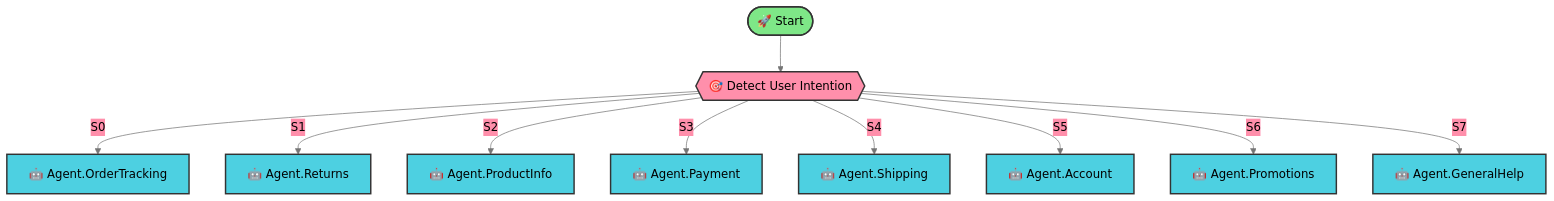
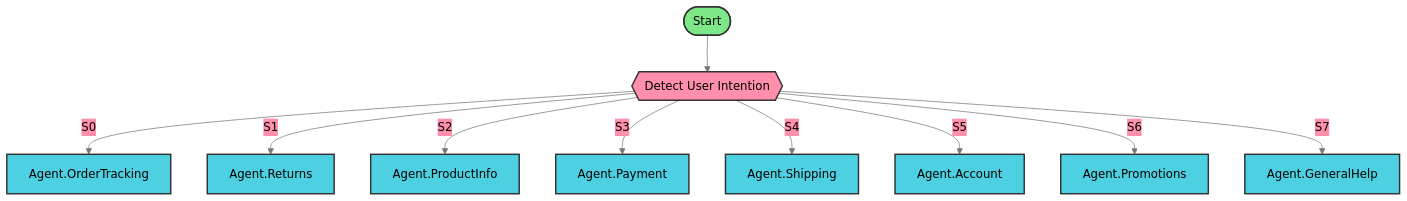
Before and after one commit to snedea/ecommerce-support-workflow: the diagram in README.md, drawn with Mermaid. The commit also changed 1 other file, not shown here.

Commit message:
fix: Remove emojis from Mermaid flowchart node boxes
Removed emojis from inside flowchart boxes to prevent crowding and improve
readability. Flowchart nodes now display clean labels without emojis.

Changes:
- README.md: Updated Mermaid diagram (removed emojis from node labels)
- WORKFLOW-DIAGRAM.md: Regenerated with clean node labels

Before: [🤖 Agent.OrderTracking]
After:  [Agent.OrderTracking]

Note: Emojis are still preserved in agent details tables where they provide
visual interest without crowding.

🤖 Generated with [Claude Code](https://claude.com/claude-code)

````diff
--- a/README.md
+++ b/README.md
@@ -13,34 +13,34 @@
 ```mermaid
 %%{init: {'theme':'base', 'themeVariables': { 'primaryColor':'#4DD0E1','primaryTextColor':'#000','primaryBorderColor':'#0097A7','lineColor':'#757575','secondaryColor':'#ff8fab','tertiaryColor':'#7EE787'}}}%%
 graph TD
-    startAgentflow_0([🚀 Start])
+    startAgentflow_0([Start])
     style startAgentflow_0 fill:#7EE787,stroke:#333,stroke-width:2px
-    conditionAgentAgentflow_0{{🎯 Detect User Intention}}
+    conditionAgentAgentflow_0{{Detect User Intention}}
     style conditionAgentAgentflow_0 fill:#ff8fab,stroke:#333,stroke-width:2px
-    agentAgentflow_1[🤖 Agent.OrderTracking]
+    agentAgentflow_1[Agent.OrderTracking]
     style agentAgentflow_1 fill:#4DD0E1,stroke:#333,stroke-width:2px
-    agentAgentflow_2[🤖 Agent.Returns]
+    agentAgentflow_2[Agent.Returns]
     style agentAgentflow_2 fill:#4DD0E1,stroke:#333,stroke-width:2px
-    agentAgentflow_3[🤖 Agent.ProductInfo]
+    agentAgentflow_3[Agent.ProductInfo]
     style agentAgentflow_3 fill:#4DD0E1,stroke:#333,stroke-width:2px
-    agentAgentflow_4[🤖 Agent.Payment]
+    agentAgentflow_4[Agent.Payment]
     style agentAgentflow_4 fill:#4DD0E1,stroke:#333,stroke-width:2px
-    agentAgentflow_5[🤖 Agent.Shipping]
+    agentAgentflow_5[Agent.Shipping]
     style agentAgentflow_5 fill:#4DD0E1,stroke:#333,stroke-width:2px
-    agentAgentflow_6[🤖 Agent.Account]
+    agentAgentflow_6[Agent.Account]
     style agentAgentflow_6 fill:#4DD0E1,stroke:#333,stroke-width:2px
-    agentAgentflow_7[🤖 Agent.Promotions]
+    agentAgentflow_7[Agent.Promotions]
     style agentAgentflow_7 fill:#4DD0E1,stroke:#333,stroke-width:2px
-    agentAgentflow_8[🤖 Agent.GeneralHelp]
+    agentAgentflow_8[Agent.GeneralHelp]
     style agentAgentflow_8 fill:#4DD0E1,stroke:#333,stroke-width:2px
 
     startAgentflow_0 --> conditionAgentAgentflow_0
     conditionAgentAgentflow_0 -->|S0| agentAgentflow_1
     conditionAgentAgentflow_0 -->|S1| agentAgentflow_2
     conditionAgentAgentflow_0 -->|S2| agentAgentflow_3
     conditionAgentAgentflow_0 -->|S3| agentAgentflow_4
     conditionAgentAgentflow_0 -->|S4| agentAgentflow_5
     conditionAgentAgentflow_0 -->|S5| agentAgentflow_6
     conditionAgentAgentflow_0 -->|S6| agentAgentflow_7
     conditionAgentAgentflow_0 -->|S7| agentAgentflow_8
 ```
````
